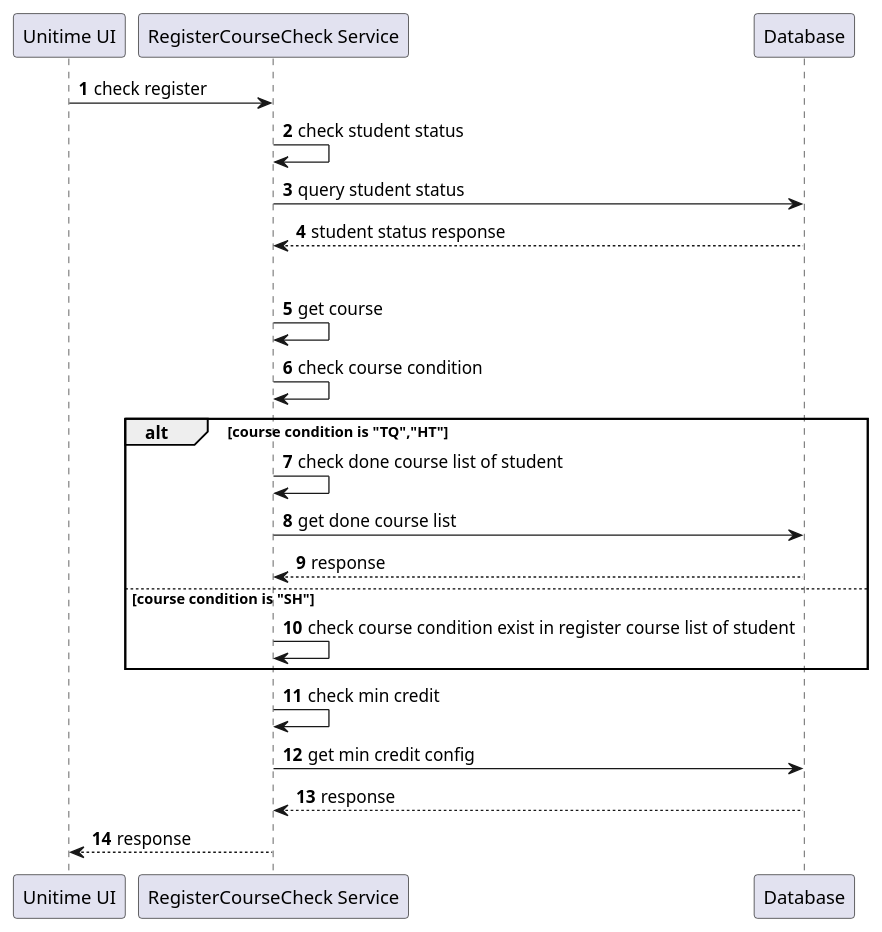
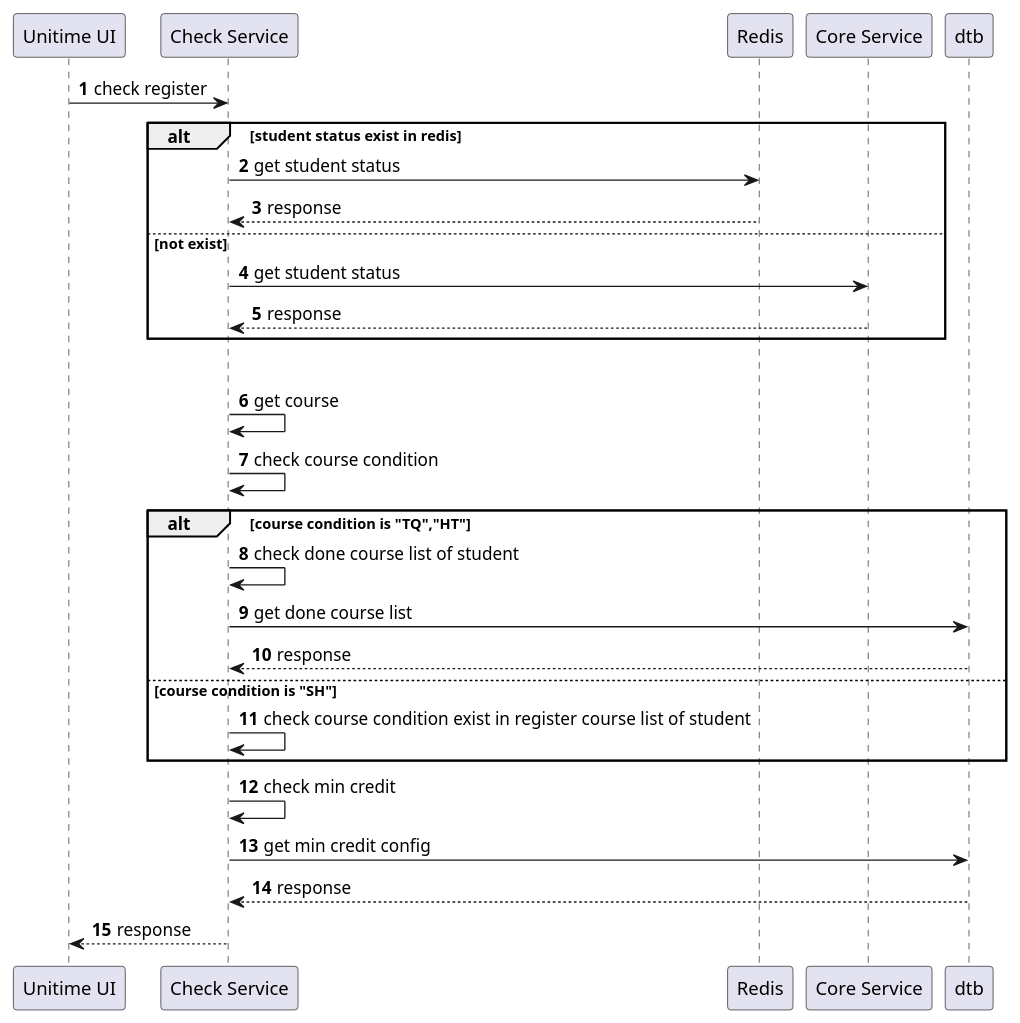
Before and after one commit to nguyenvanxuanvu/register_course_check: the diagram in readme.md, drawn with PlantUML. The commit also changed other lines of this file and 2 other files, not shown here.

Commit message:
update sql, client file

````diff
--- a/readme.md
+++ b/readme.md
@@ -17,39 +17,48 @@
 ```plantuml
 autonumber
 participant "Unitime UI" as ui
-participant "RegisterCourseCheck Service" as service
-participant "Database" as dtb
+participant "Check Service" as service
+participant "Redis" as redis
+participant "Core Service" as core
+
 
 
 ui -> service: check register
-service -> service: check student status
-service -> dtb: query student status
-dtb --> service: student status response
+alt student status exist in redis
+service -> redis: get student status
+redis --> service: response
+
+else not exist
+service -> core: get student status
+core --> service: response
+end
+
+
 
 
 
 
 
 
 
 
 loop for each register course
 service -> service: get course
 service -> service: check course condition
 alt course condition is "TQ","HT"
 service -> service: check done course list of student
 service -> dtb: get done course list
 dtb --> service: response
 
 
 else course condition is "SH"
 service -> service: check course condition exist in register course list of student
 end
 
 service -> service: check min credit
 service -> dtb: get min credit config
 dtb --> service: response
 
 service --> ui: response
 
 ```
````
